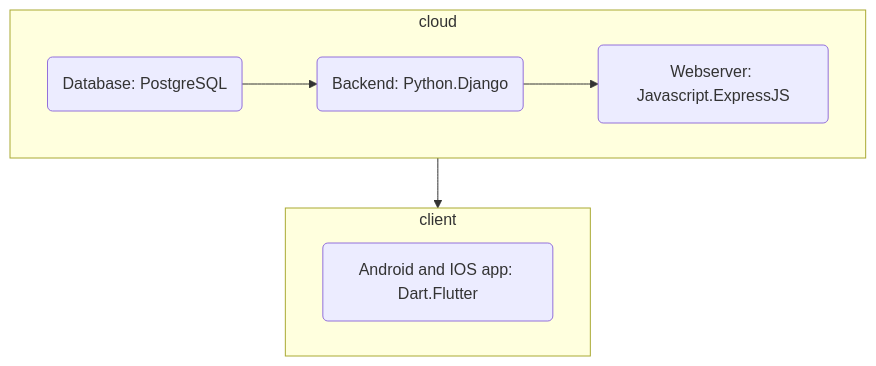
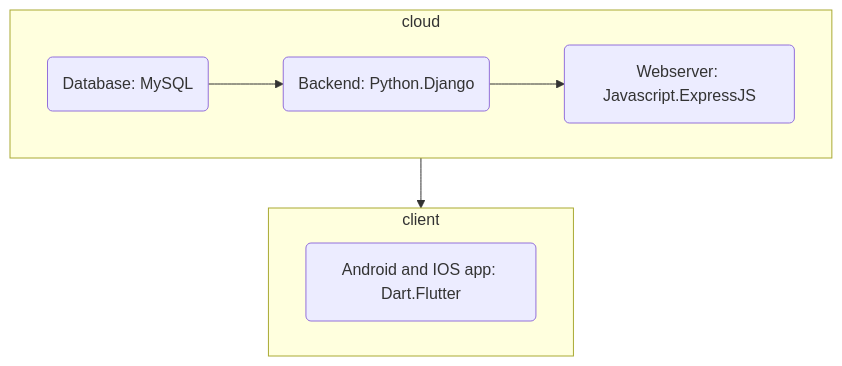
One commit to Fatihmaull/lokalii changed the second of 2 diagrams in job-interview.md. Above: the diagram before and after it, drawn with Mermaid. The commit also changed other lines of this file, not shown here.

````diff
--- a/job-interview.md
+++ b/job-interview.md
@@ -86,14 +86,14 @@
 ```mermaid
 flowchart TD
   subgraph cloud
 
-  a(Database: PostgreSQL)-->b(Backend: Python.Django)-->c(Webserver: Javascript.ExpressJS)
+  a(Database: MySQL)-->b(Backend: Python.Django)-->c(Webserver: Javascript.ExpressJS)
   end
 
   subgraph client
   id1(Android and IOS app: Dart.Flutter)
   end
 
   cloud-->client
 
 ```
````
